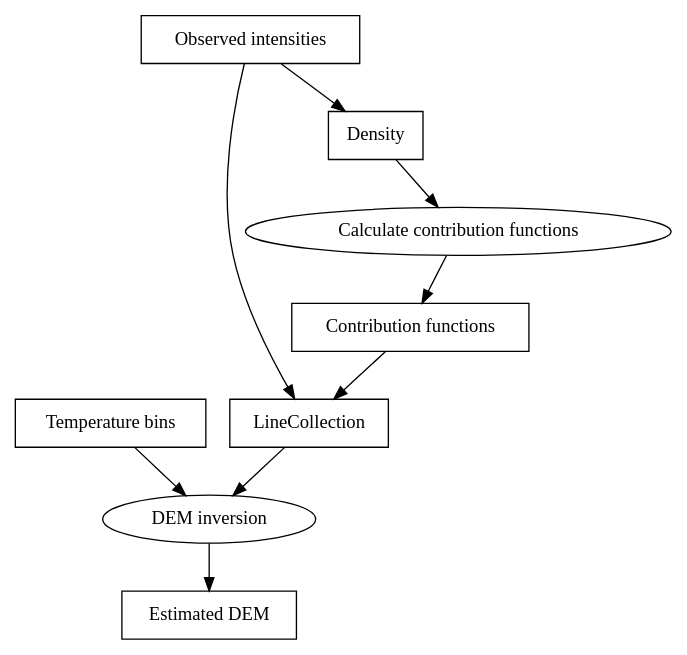
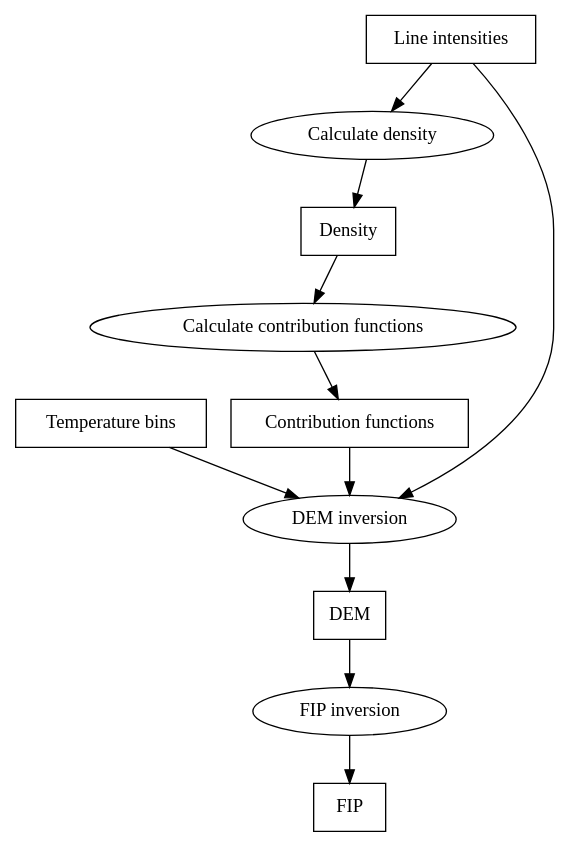
Before and after one commit to dstansby/demcmc: the diagram in doc/explanation/workflow.md, drawn with Graphviz.

Commit message:
Update diagram

````diff
--- a/doc/explanation/workflow.md
+++ b/doc/explanation/workflow.md
@@ -3,24 +3,29 @@
 ```{graphviz}
 digraph foo {
-    LineCollection [shape=box]
     "Temperature bins" [shape=box]
     "Contribution functions" [shape=box]
-    Density [shape=box]
-    "Observed intensities" [shape=box]
-    "Estimated DEM" [shape=box]
+    "Density" [shape=box]
+    "Line intensities" [shape=box]
+    "DEM" [shape=box]
+    "FIP" [shape=box]
 
     "Calculate contribution functions"
 
-    "Observed intensities" -> "Density"
-    Density -> "Calculate contribution functions"
+    "Line intensities" -> "Calculate density"
+    "Calculate density" -> "Density"
+
+    "Density" -> "Calculate contribution functions"
     "Calculate contribution functions" -> "Contribution functions"
 
-    "Observed intensities" -> LineCollection
-    "Contribution functions" -> LineCollection
+    "Line intensities" -> "DEM inversion"
+    "Contribution functions" -> "DEM inversion"
 
-    LineCollection -> "DEM inversion";
     "Temperature bins" -> "DEM inversion";
 
-    "DEM inversion" -> "Estimated DEM"
+    "DEM inversion" -> "DEM"
+
+    "DEM" -> "FIP inversion"
+
+    "FIP inversion" -> "FIP"
 }
 ```
````
